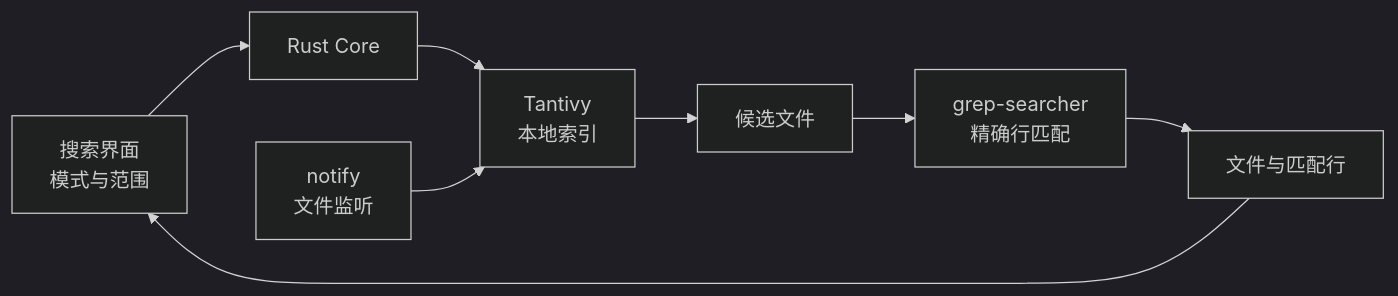
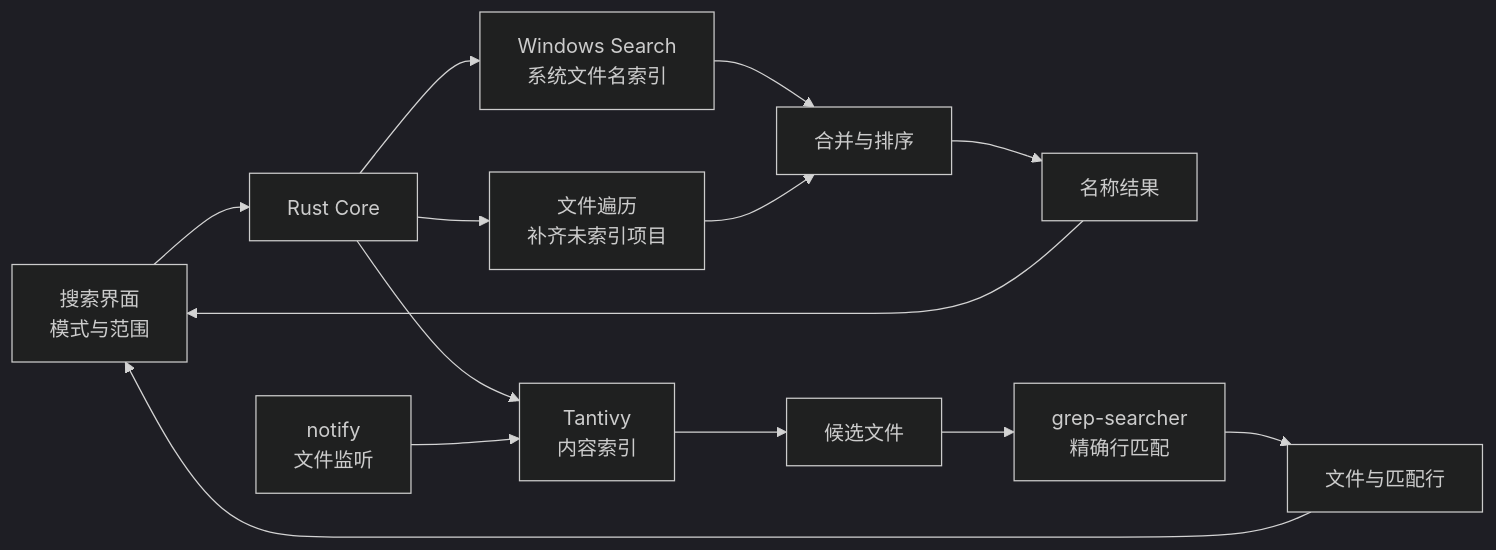
Before and after one commit to wyz541/kite: the diagram in docs/architecture/content-search.md, drawn with Mermaid (dark theme). The commit also changed other lines of this file and 5 other files, not shown here.

````diff
--- a/docs/architecture/content-search.md
+++ b/docs/architecture/content-search.md
@@ -36,10 +36,16 @@
 ```mermaid
 flowchart LR
     UI[搜索界面<br/>模式与范围] --> CORE[Rust Core]
-    CORE --> INDEX[Tantivy<br/>本地索引]
+    CORE --> SYSTEM[Windows Search<br/>系统文件名索引]
+    CORE --> WALK[文件遍历<br/>补齐未索引项目]
+    SYSTEM --> MERGE[合并与排序]
+    WALK --> MERGE
+    MERGE --> NAME[名称结果]
+    CORE --> INDEX[Tantivy<br/>内容索引]
     INDEX --> CANDIDATE[候选文件]
     CANDIDATE --> VERIFY[grep-searcher<br/>精确行匹配]
     WATCH[notify<br/>文件监听] --> INDEX
-    VERIFY --> RESULT[文件与匹配行]
-    RESULT --> UI
+    VERIFY --> CONTENT[文件与匹配行]
+    NAME --> UI
+    CONTENT --> UI
 ```
````
